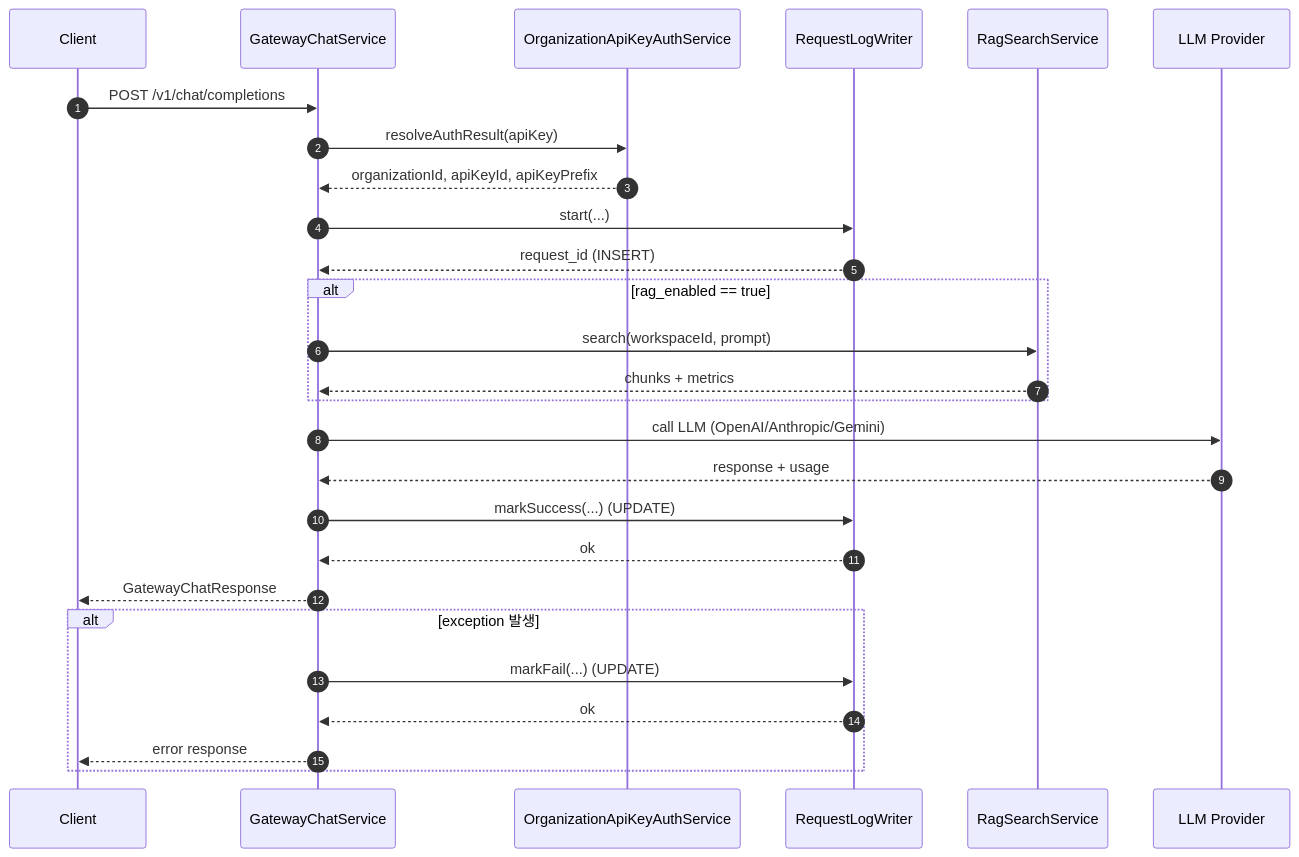
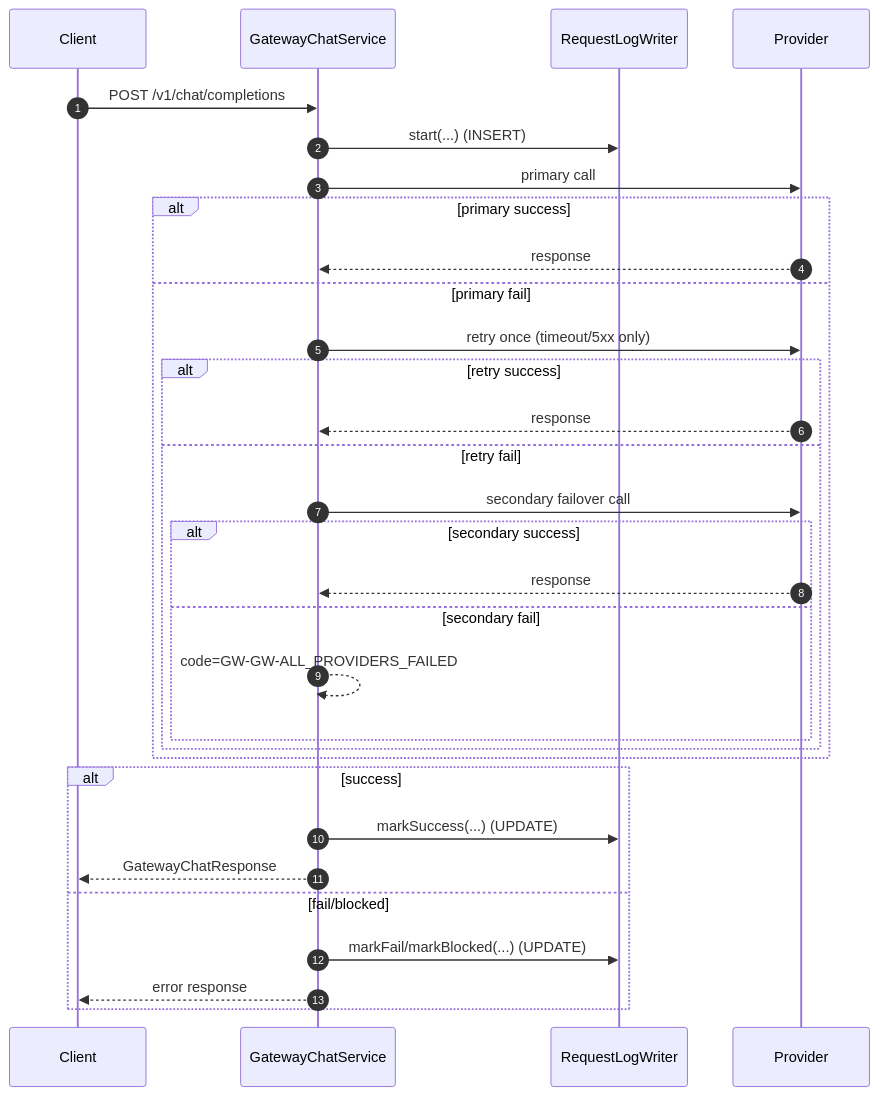
One commit to chanyong1027/sesac_team2 changed the diagram in docs/request-log-flow.md. Above: the diagram before and after it, drawn with Mermaid. The commit also changed other lines of this file and 2 other files, not shown here.

Commit message:
docs(gateway): document error-code policy and request-log flow

````diff
--- a/docs/request-log-flow.md
+++ b/docs/request-log-flow.md
@@ -115,36 +72,36 @@
 ```mermaid
 sequenceDiagram
     autonumber
     participant Client as Client
     participant GW as GatewayChatService
-    participant Auth as OrganizationApiKeyAuthService
     participant Log as RequestLogWriter
-    participant RAG as RagSearchService
-    participant Provider as LLM Provider
+    participant LLM as Provider
 
     Client->>GW: POST /v1/chat/completions
-    GW->>Auth: resolveAuthResult(apiKey)
-    Auth-->>GW: organizationId, apiKeyId, apiKeyPrefix
+    GW->>Log: start(...) (INSERT)
 
-    GW->>Log: start(...)
-    Log-->>GW: request_id (INSERT)
-
-    alt rag_enabled == true
-        GW->>RAG: search(workspaceId, prompt)
-        RAG-->>GW: chunks + metrics
+    GW->>LLM: primary call
+    alt primary success
+        LLM-->>GW: response
+    else primary fail
+        GW->>LLM: retry once (timeout/5xx only)
+        alt retry success
+            LLM-->>GW: response
+        else retry fail
+            GW->>LLM: secondary failover call
+            alt secondary success
+                LLM-->>GW: response
+            else secondary fail
+                GW-->>GW: code=GW-GW-ALL_PROVIDERS_FAILED
+            end
+        end
     end
 
-    GW->>Provider: call LLM (OpenAI/Anthropic/Gemini)
-    Provider-->>GW: response + usage
-
-    GW->>Log: markSuccess(...) (UPDATE)
-    Log-->>GW: ok
-
-    GW-->>Client: GatewayChatResponse
-
-    alt exception 발생
-        GW->>Log: markFail(...) (UPDATE)
-        Log-->>GW: ok
+    alt success
+        GW->>Log: markSuccess(...) (UPDATE)
+        GW-->>Client: GatewayChatResponse
+    else fail/blocked
+        GW->>Log: markFail/markBlocked(...) (UPDATE)
         GW-->>Client: error response
     end
 ```
````
